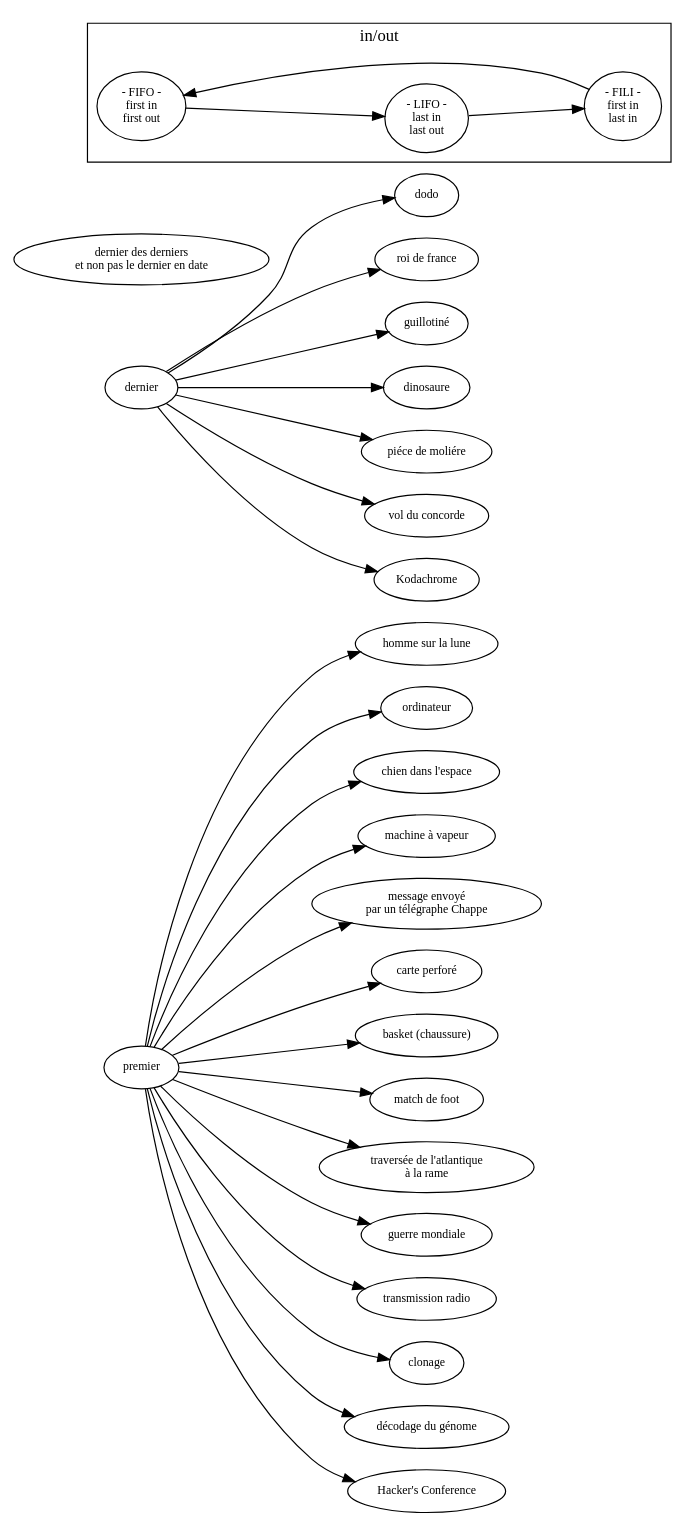
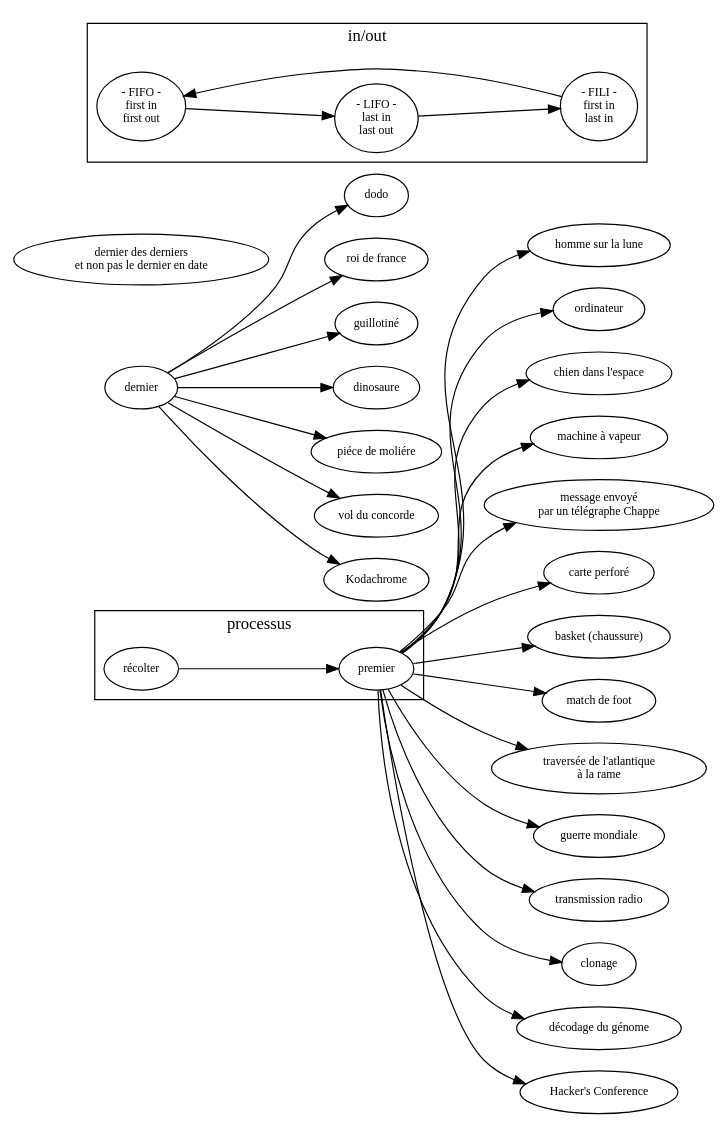
Before and after one commit to ensad-nancy/first-last: the diagram in sujet.dot, drawn with Graphviz.

Commit message:
+ +		get [label="récolter"] + +		get -> first

```diff
--- a/sujet.dot
+++ b/sujet.dot
@@ -1,59 +1,63 @@
 digraph {
 
 	layout= "dot"
 	
 
 	fontname="myriadpro"
 	fontsize = 14
 	rankdir="LR"
 	
 	
 	node [fontname="myriadpro", fontsize = 10]
 	edge [fontname="monaco", fontsize = 9]
 	
 	first [label="premier"]
 	last [label="dernier"]
 	
 	"dernier des derniers\n et non pas le dernier en date" 
 
 	first -> "homme sur la lune"
 	first -> "ordinateur"
 	first -> "chien dans l'espace"
 	first -> "machine à vapeur"
 	first -> "message envoyé\npar un télégraphe Chappe"
 	first -> "carte perforé"
 	first -> "basket (chaussure)"
 	first -> "match de foot"
 	first -> "traversée de l'atlantique\nà la rame"
 	first -> "guerre mondiale"
 	first -> "transmission radio"
 	first -> "clonage"
 	first -> "décodage du génome"
 	first -> "Hacker's Conference"
 	
 	last -> dodo
 	last -> "roi de france"
 	last -> "guillotiné"
 	last -> "dinosaure"
 	last -> "piéce de moliére"
 	last -> "vol du concorde"
 	last -> "Kodachrome"
 
 	subgraph cluster_FO{
 	
 		label="in/out"
 		
 		FIFO [label="- FIFO -\nfirst in\nfirst out"]
 		LIFO [label="- LIFO -\nlast in\nlast out"]
 		FILI [label="- FILI -\nfirst in\n last in"]
 
 		FILI -> FIFO -> LIFO -> FILI
 	}
 	
 	subgraph cluster_process {
 		
 		label="processus"
+		
+		get [label="récolter"]
+		
+		get -> first
 	
 	}
 	
 }
```
